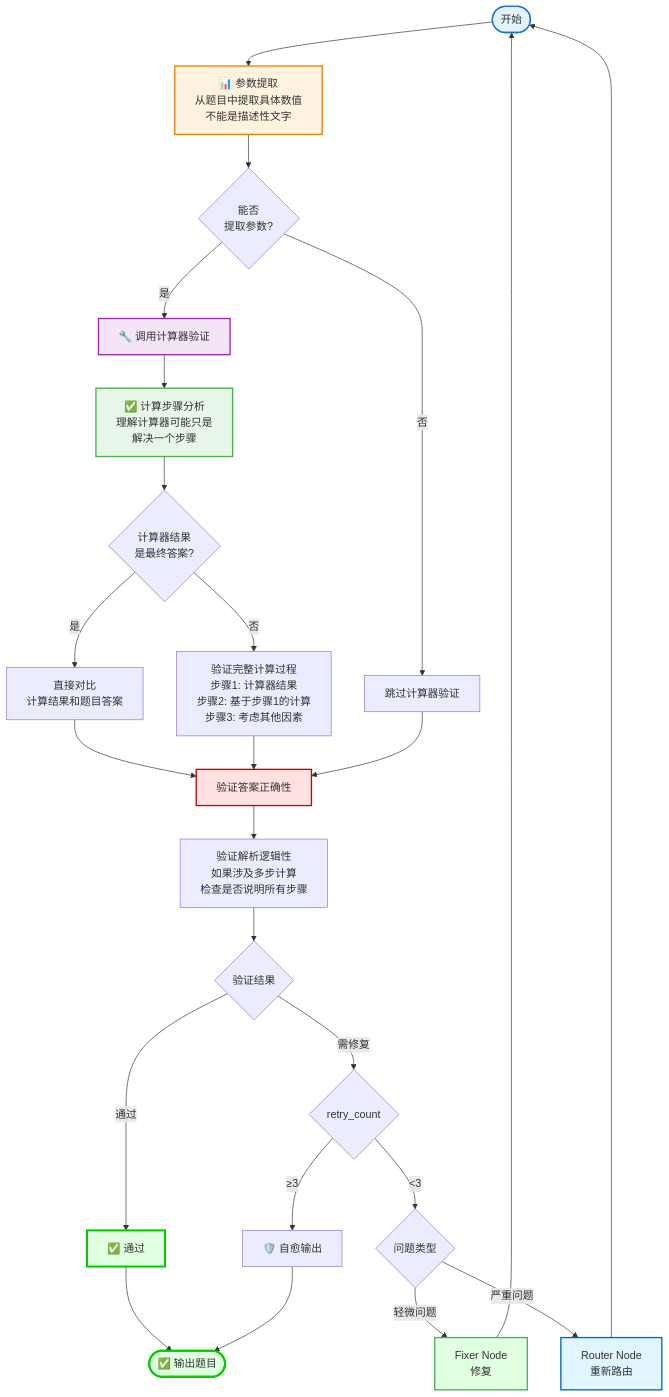
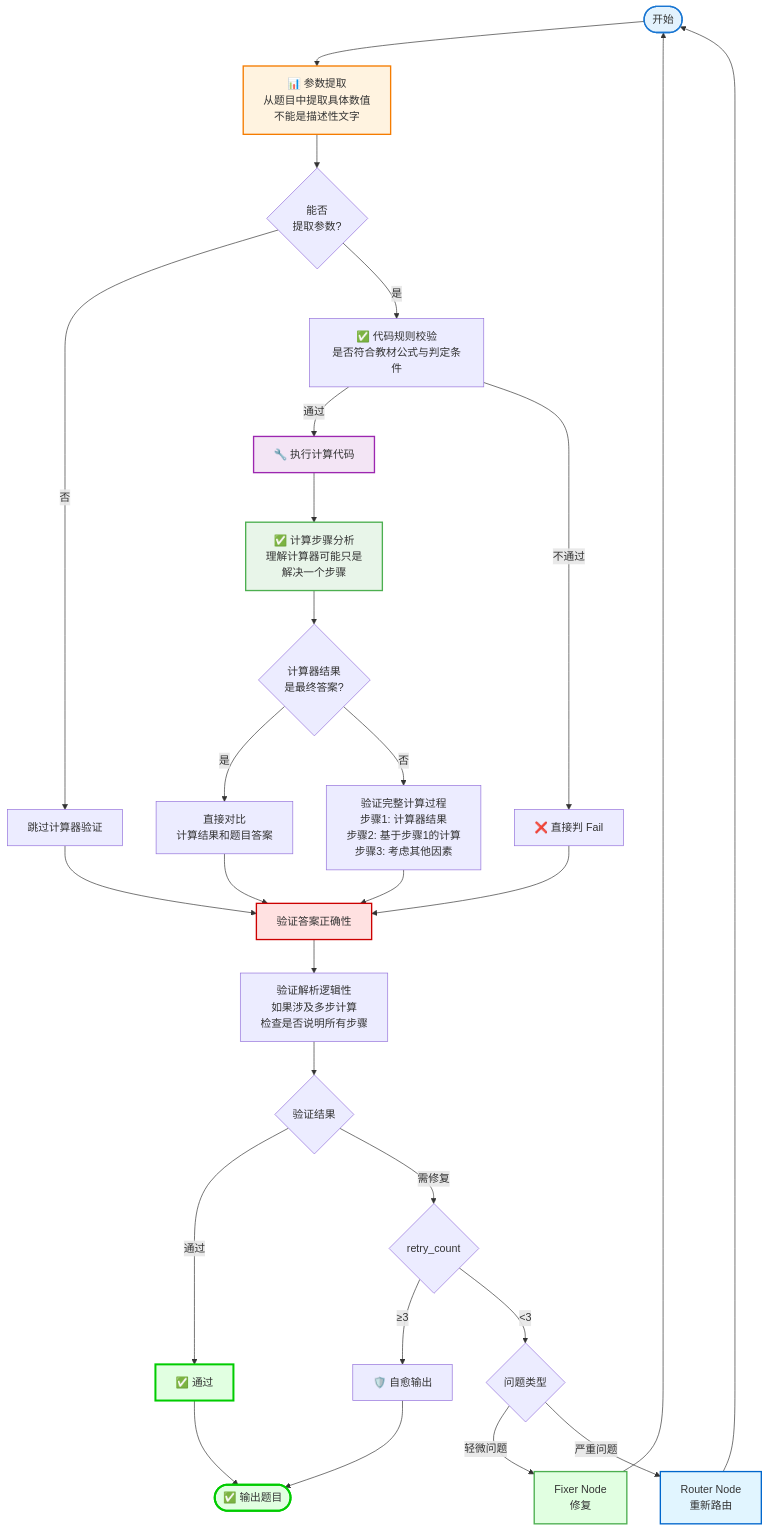
Before and after one commit to pt1995117/boxue-ai-exam-generator: the fifth of 6 diagrams in docs/系统流程图-可视化版.md, drawn with Mermaid. The commit also changed other lines of this file and 20066 other files, not shown here.

````diff
--- a/docs/系统流程图-可视化版.md
+++ b/docs/系统流程图-可视化版.md
@@ -136,45 +137,49 @@
 ```mermaid
 flowchart TD
     Start([开始]) --> Extract[📊 参数提取<br/>从题目中提取具体数值<br/>不能是描述性文字]
     
     Extract --> Check{能否<br/>提取参数?}
     Check -->|否| Skip[跳过计算器验证]
-    Check -->|是| Calc[🔧 调用计算器验证]
+    Check -->|是| CodeCheck[✅ 代码规则校验<br/>是否符合教材公式与判定条件]
+    
+    CodeCheck -->|通过| Calc[🔧 执行计算代码]
+    CodeCheck -->|不通过| FailFast[❌ 直接判 Fail]
     
     Calc --> StepAnalysis[✅ 计算步骤分析<br/>理解计算器可能只是<br/>解决一个步骤]
     
     StepAnalysis --> Q1{计算器结果<br/>是最终答案?}
     Q1 -->|是| DirectVerify[直接对比<br/>计算结果和题目答案]
     Q1 -->|否| MultiStep[验证完整计算过程<br/>步骤1: 计算器结果<br/>步骤2: 基于步骤1的计算<br/>步骤3: 考虑其他因素]
     
     DirectVerify --> AnswerCheck[验证答案正确性]
     MultiStep --> AnswerCheck
     Skip --> AnswerCheck
+    FailFast --> AnswerCheck
     
     AnswerCheck --> ExplanationCheck[验证解析逻辑性<br/>如果涉及多步计算<br/>检查是否说明所有步骤]
     
     ExplanationCheck --> Decision{验证结果}
     Decision -->|通过| Pass[✅ 通过]
     Decision -->|需修复| Retry{retry_count}
     
     Retry -->|≥3| SelfHeal[🛡️ 自愈输出]
     Retry -->|<3| IssueType{问题类型}
     
     IssueType -->|轻微问题| Fixer[Fixer Node<br/>修复]
     IssueType -->|严重问题| Router[Router Node<br/>重新路由]
     
     Fixer --> Start
     Router --> Start
     Pass --> End([✅ 输出题目])
     SelfHeal --> End
     
     style Start fill:#e3f2fd,stroke:#1976d2,stroke-width:2px
     style Extract fill:#fff3e0,stroke:#f57c00,stroke-width:2px
     style Calc fill:#f3e5f5,stroke:#9c27b0,stroke-width:2px
     style StepAnalysis fill:#e8f5e9,stroke:#4caf50,stroke-width:2px
     style AnswerCheck fill:#ffe1e1,stroke:#cc0000,stroke-width:2px
     style Pass fill:#e1ffe1,stroke:#00cc00,stroke-width:3px
     style Fixer fill:#e1ffe1,stroke:#4caf50,stroke-width:2px
     style Router fill:#e1f5ff,stroke:#0066cc,stroke-width:2px
     style End fill:#e1ffe1,stroke:#00cc00,stroke-width:3px
 ```
````
